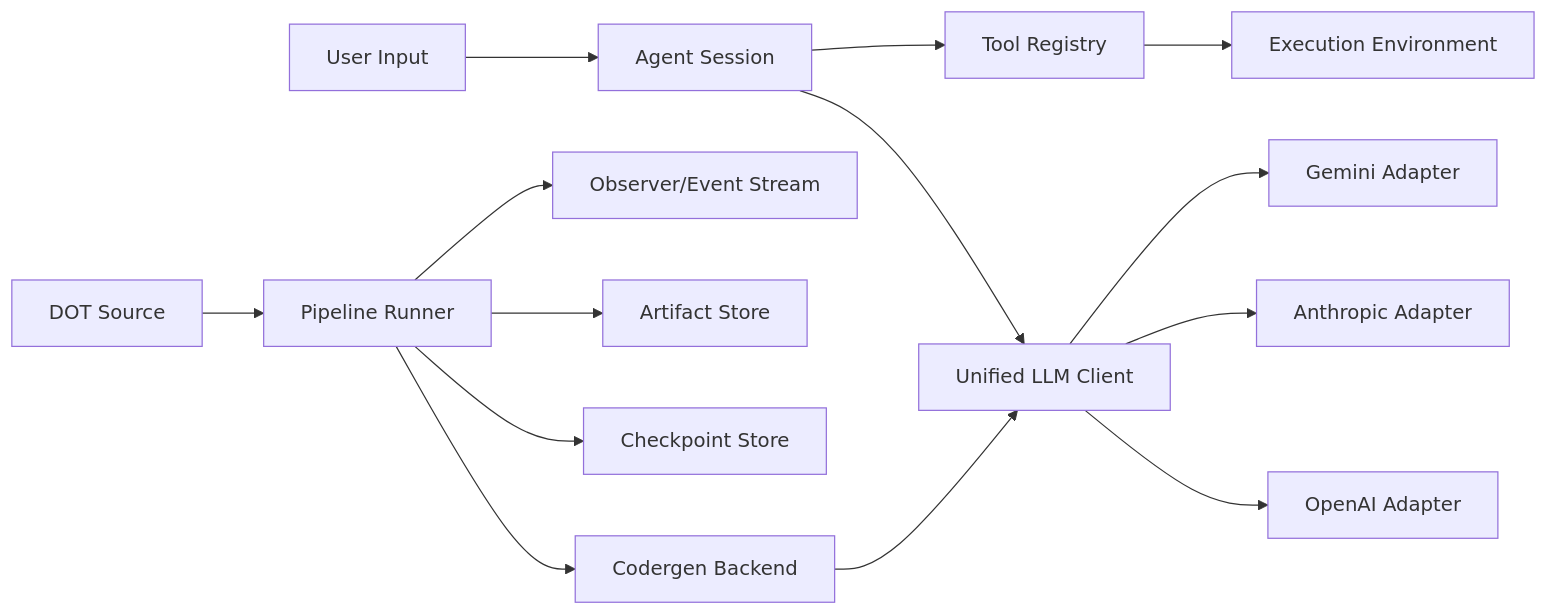
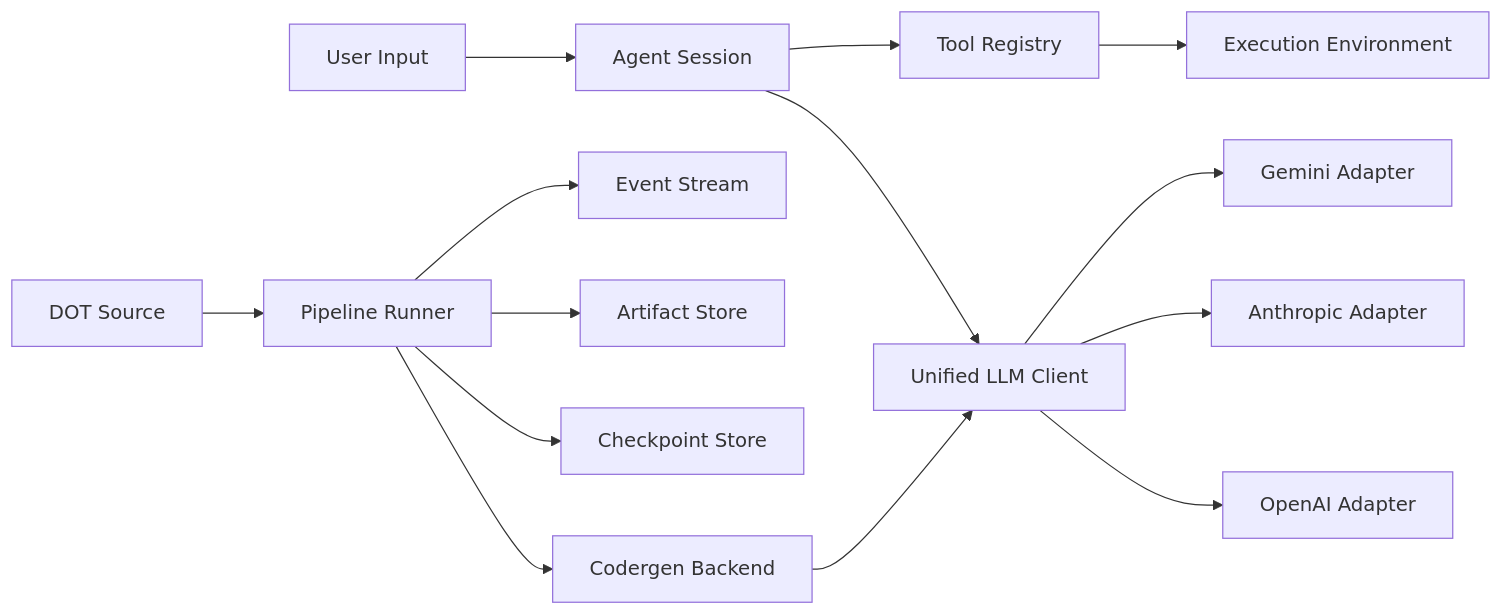
The fourth of 5 diagrams in docs/sprints/SPRINT-001-implementation-plan.md (jaytaylor/attractor-php), drawn with Mermaid before and after one commit. The commit also changed other lines of this file and 1 other file, not shown here.

````diff
--- a/docs/sprints/SPRINT-001-implementation-plan.md
+++ b/docs/sprints/SPRINT-001-implementation-plan.md
@@ -453,16 +660,18 @@
 ```mermaid
 flowchart LR
-  U[User Input] --> S[Agent Session]
-  S --> L[Unified LLM Client]
-  L --> OAI[OpenAI Adapter]
-  L --> ANT[Anthropic Adapter]
-  L --> GEM[Gemini Adapter]
-  S --> TR[Tool Registry]
-  TR --> EX[Execution Environment]
-  DOT[DOT Source] --> R[Pipeline Runner]
-  R --> CG[Codergen Backend]
-  CG --> L
-  R --> CK[Checkpoint Store]
-  R --> AS[Artifact Store]
-  R --> EV[Observer/Event Stream]
+  UserInput[User Input] --> AgentSession[Agent Session]
+  AgentSession --> UnifiedClient[Unified LLM Client]
+  UnifiedClient --> OpenAI[OpenAI Adapter]
+  UnifiedClient --> Anthropic[Anthropic Adapter]
+  UnifiedClient --> Gemini[Gemini Adapter]
+
+  AgentSession --> ToolRegistry[Tool Registry]
+  ToolRegistry --> ExecEnv[Execution Environment]
+
+  DotSource[DOT Source] --> PipelineRunner[Pipeline Runner]
+  PipelineRunner --> CodergenBackend[Codergen Backend]
+  CodergenBackend --> UnifiedClient
+  PipelineRunner --> CheckpointStore[Checkpoint Store]
+  PipelineRunner --> ArtifactStore[Artifact Store]
+  PipelineRunner --> EventStream[Event Stream]
 ```
````
